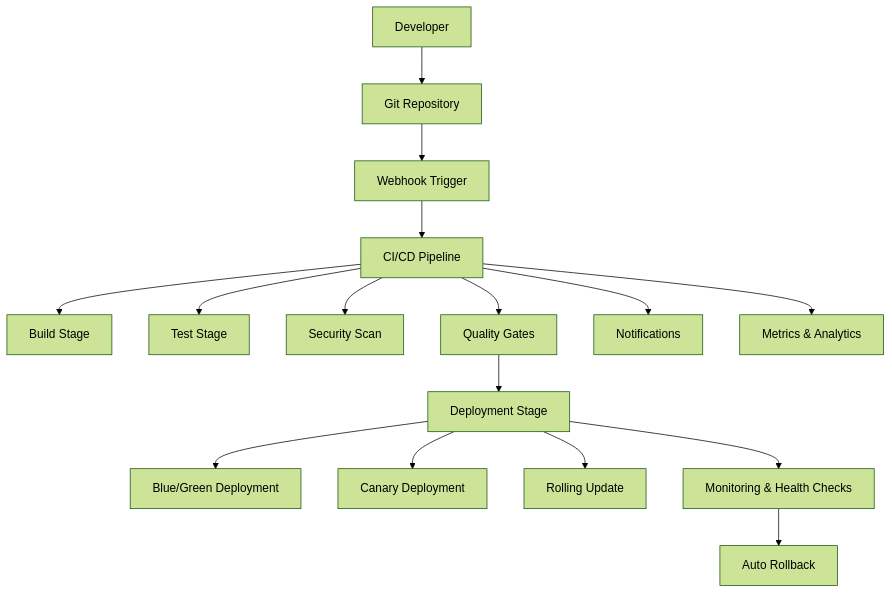
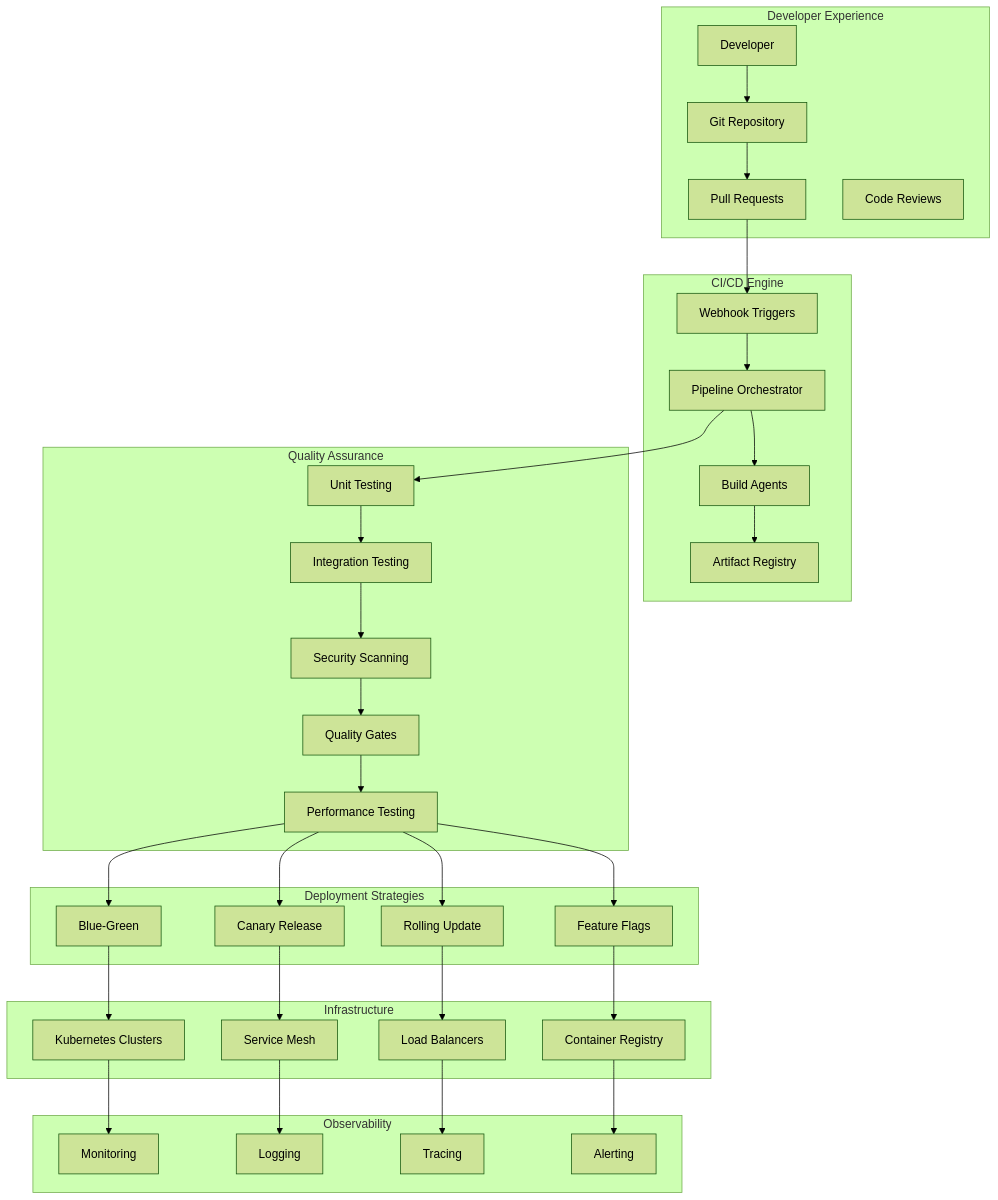
Before and after one commit to olaitanojo/ci-cd-pipeline: the first of 2 diagrams in README.md, drawn with Mermaid (forest theme). The commit also changed other lines of this file, not shown here.

Commit message:
🚀 Enhanced CI/CD Pipeline with comprehensive architecture diagrams
- Added professional badges for technology stack visibility
- Enhanced system architecture with 6-layer component visualization
- Added pipeline flow sequence diagram showing complete workflow
- Improved visual representation of CI/CD process from development to production
- Enhanced documentation structure with detailed component relationships

````diff
--- a/README.md
+++ b/README.md
@@ -7,22 +14,73 @@
 ```mermaid
 graph TB
-    Developer[Developer] --> Git[Git Repository]
-    Git --> Webhook[Webhook Trigger]
-    Webhook --> Pipeline[CI/CD Pipeline]
+    subgraph "Developer Experience"
+        A1[Developer]
+        A2[Git Repository]
+        A3[Pull Requests]
+        A4[Code Reviews]
+    end
     
-    Pipeline --> Build[Build Stage]
-    Pipeline --> Test[Test Stage]
-    Pipeline --> Security[Security Scan]
-    Pipeline --> Quality[Quality Gates]
+    subgraph "CI/CD Engine"
+        B1[Webhook Triggers]
+        B2[Pipeline Orchestrator]
+        B3[Build Agents]
+        B4[Artifact Registry]
+    end
     
-    Quality --> Deploy[Deployment Stage]
-    Deploy --> BlueGreen[Blue/Green Deployment]
-    Deploy --> Canary[Canary Deployment]
-    Deploy --> Rolling[Rolling Update]
+    subgraph "Quality Assurance"
+        C1[Unit Testing]
+        C2[Integration Testing]
+        C3[Security Scanning]
+        C4[Quality Gates]
+        C5[Performance Testing]
+    end
     
-    Deploy --> Monitor[Monitoring & Health Checks]
-    Monitor --> Rollback[Auto Rollback]
+    subgraph "Deployment Strategies"
+        D1[Blue-Green]
+        D2[Canary Release]
+        D3[Rolling Update]
+        D4[Feature Flags]
+    end
     
-    Pipeline --> Notify[Notifications]
-    Pipeline --> Metrics[Metrics & Analytics]
+    subgraph "Infrastructure"
+        E1[Kubernetes Clusters]
+        E2[Service Mesh]
+        E3[Load Balancers]
+        E4[Container Registry]
+    end
+    
+    subgraph "Observability"
+        F1[Monitoring]
+        F2[Logging]
+        F3[Tracing]
+        F4[Alerting]
+    end
+    
+    A1 --> A2
+    A2 --> A3
+    A3 --> B1
+    B1 --> B2
+    B2 --> B3
+    B3 --> B4
+    
+    B2 --> C1
+    C1 --> C2
+    C2 --> C3
+    C3 --> C4
+    C4 --> C5
+    
+    C5 --> D1
+    C5 --> D2
+    C5 --> D3
+    C5 --> D4
+    
+    D1 --> E1
+    D2 --> E2
+    D3 --> E3
+    D4 --> E4
+    
+    E1 --> F1
+    E2 --> F2
+    E3 --> F3
+    E4 --> F4
 ```
````
